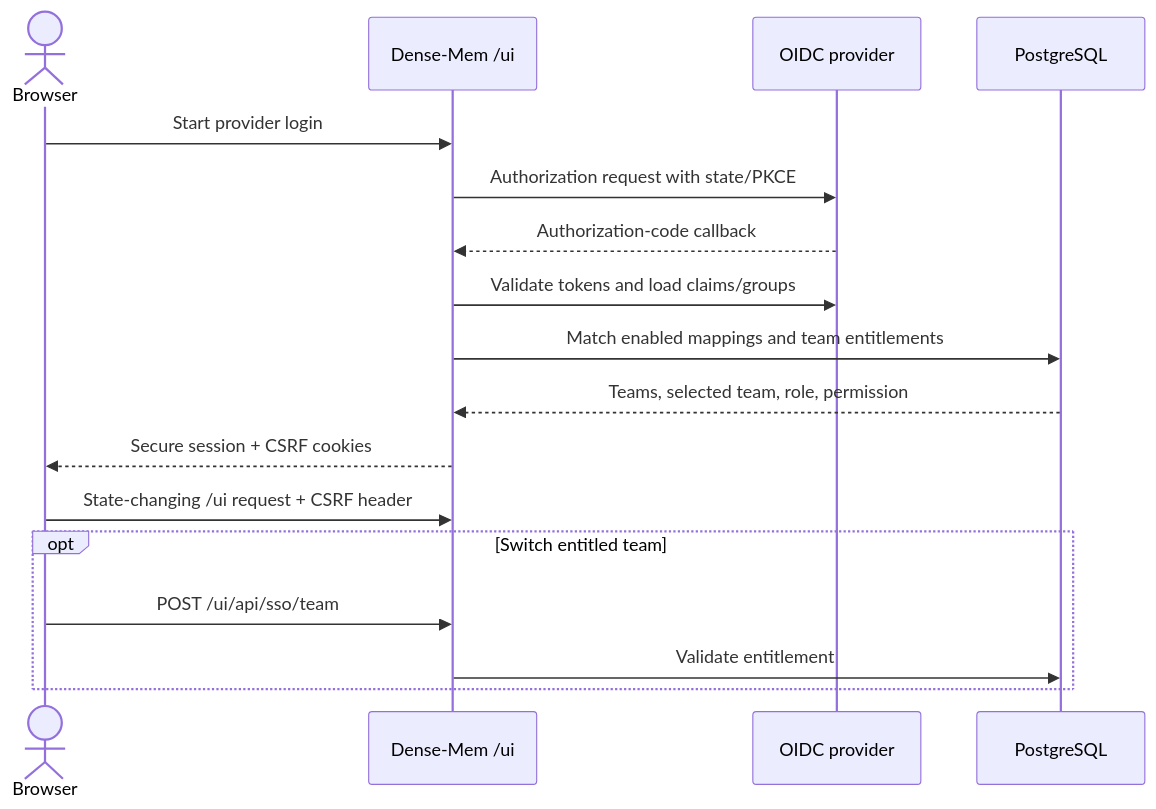
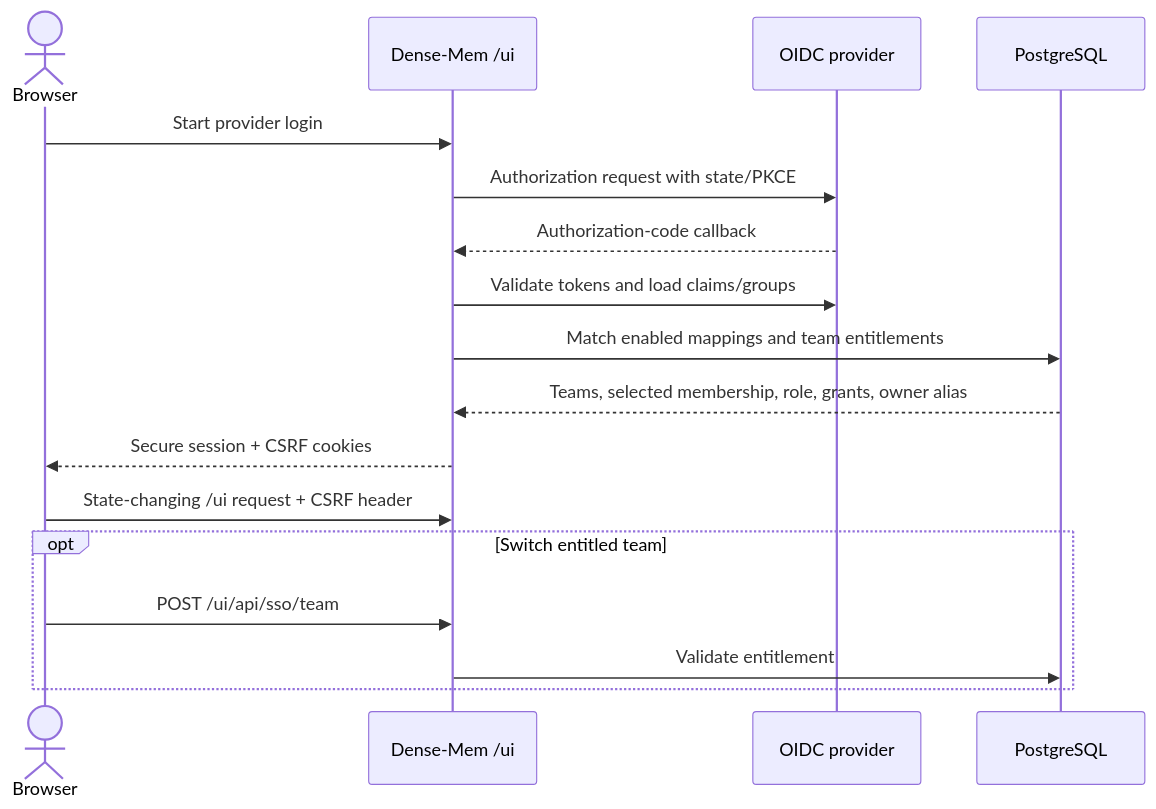
The diagram in User-Portal-SSO.md (markhuangai/dense-mem), drawn with Mermaid before and after one commit. The commit also changed other lines of this file and 12 other files, not shown here.

````diff
--- a/User-Portal-SSO.md
+++ b/User-Portal-SSO.md
@@ -86,21 +111,21 @@
 ```mermaid
 %%{init: {"sequence": {"rightAngles": true}}}%%
 sequenceDiagram
   actor Browser
   participant DM as Dense-Mem /ui
   participant IdP as OIDC provider
   participant PG as PostgreSQL
 
   Browser->>DM: Start provider login
   DM->>IdP: Authorization request with state/PKCE
   IdP-->>DM: Authorization-code callback
   DM->>IdP: Validate tokens and load claims/groups
   DM->>PG: Match enabled mappings and team entitlements
-  PG-->>DM: Teams, selected team, role, permission
+  PG-->>DM: Teams, selected membership, role, grants, owner alias
   DM-->>Browser: Secure session + CSRF cookies
   Browser->>DM: State-changing /ui request + CSRF header
   opt Switch entitled team
     Browser->>DM: POST /ui/api/sso/team
     DM->>PG: Validate entitlement
   end
 ```
````
